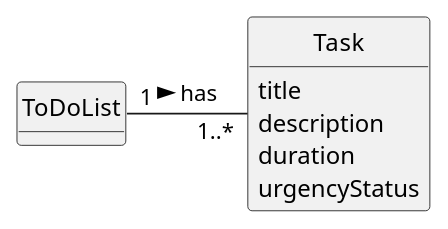
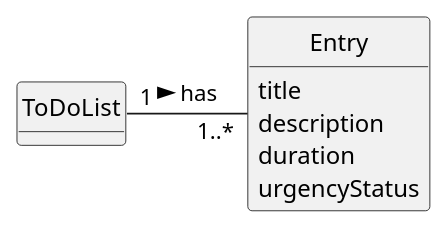
The diagram in docs/sprintC/us021/02.analysis/puml/us021-domain-model.puml (ricardomm7/leaflink), drawn with PlantUML before and after one commit. The commit also changed 3 other files, not shown here.

```diff
--- a/docs/sprintC/us021/02.analysis/puml/us021-domain-model.puml
+++ b/docs/sprintC/us021/02.analysis/puml/us021-domain-model.puml
@@ -1,27 +1,27 @@
 @startuml
 skinparam monochrome true
 skinparam packageStyle rectangle
 skinparam shadowing false
 
 'left to right direction
 
 skinparam classAttributeIconSize 0
 
 hide circle
 hide methods
 
 
-class Task {
+class Entry {
     title
     description
     duration
     urgencyStatus
 
 }
 
 class ToDoList {
 
 }
 
-ToDoList "1" -"1..*" Task: has >
+ToDoList "1" -"1..*" Entry: has >
 @enduml
```
